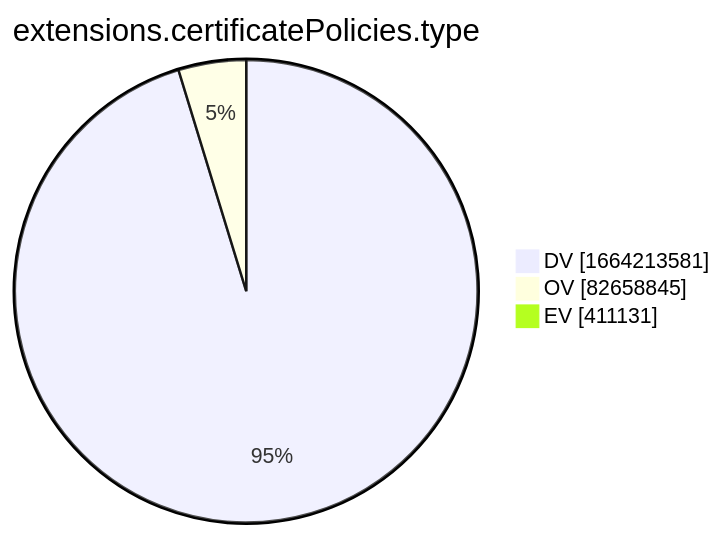
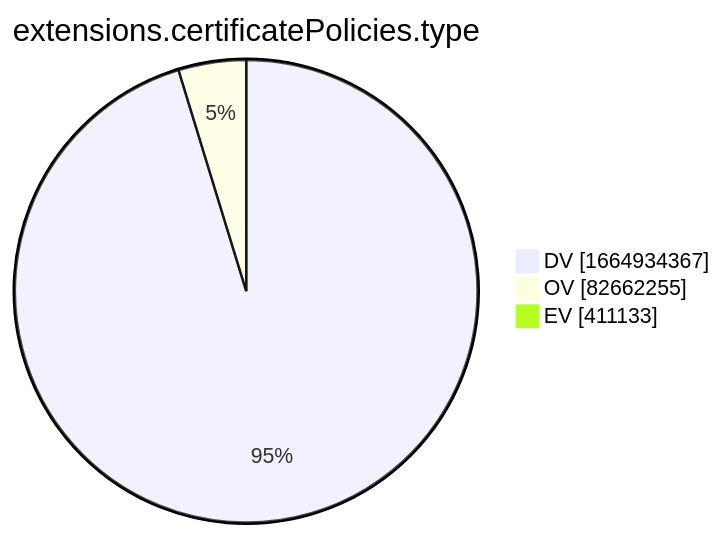
The tenth of 15 diagrams in xenon2022/README.md (christiankrug/ctmonitor_visualization), drawn with Mermaid before and after one commit. The commit also changed other lines of this file, not shown here.

````diff
--- a/xenon2022/README.md
+++ b/xenon2022/README.md
@@ -2880,7 +2880,7 @@
 ```mermaid
 pie showData
 title extensions.certificatePolicies.type
-"DV" :1664213581
-"OV" :82658845
-"EV" :411131
+"DV" :1664934367
+"OV" :82662255
+"EV" :411133
 ```
````
